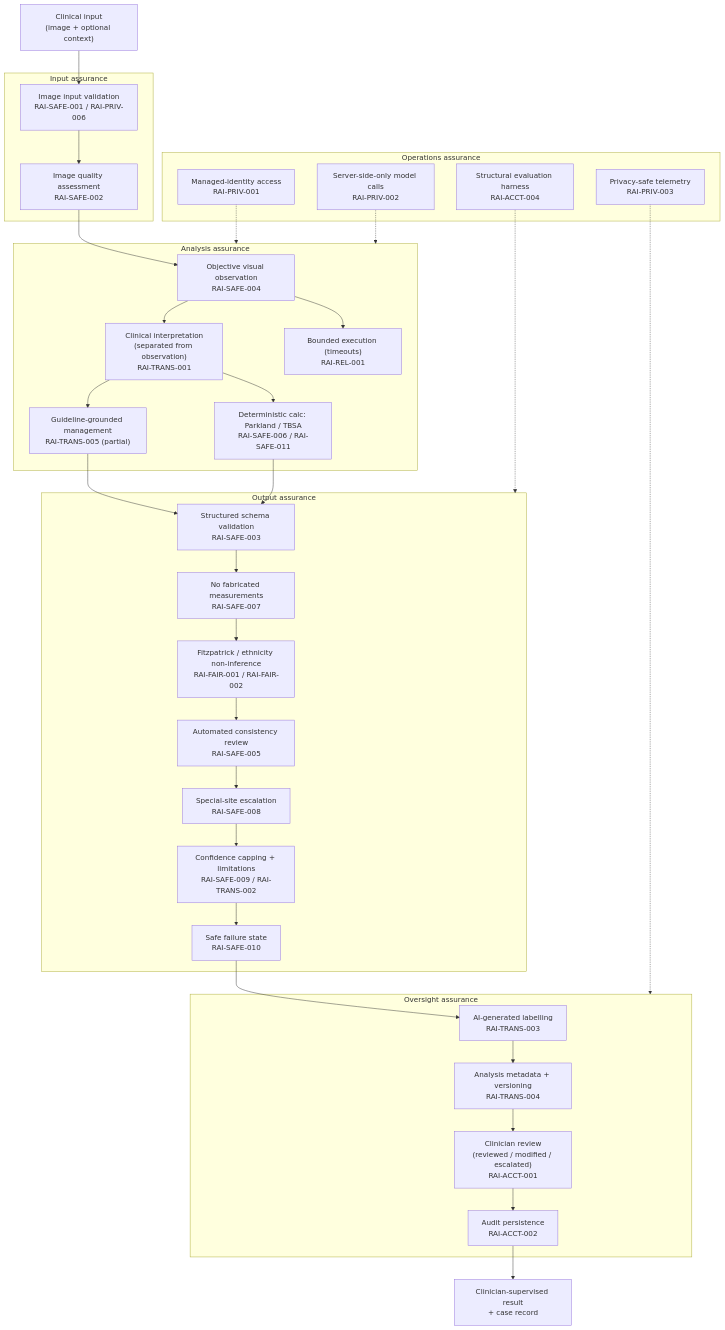
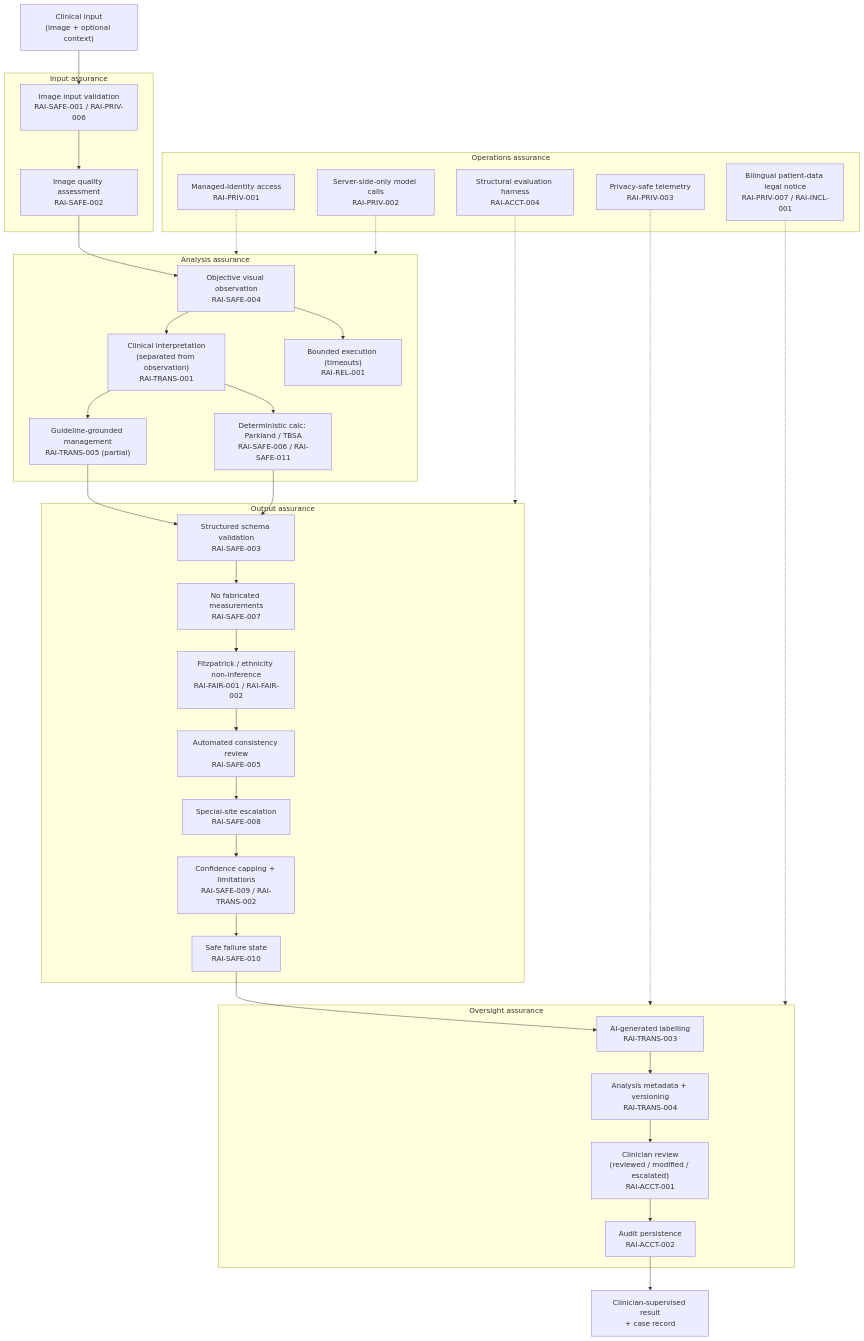
The diagram in docs/architecture/diagrams/current-ai-assurance.mmd (polyfuze4336-bot/phoenix-ai-azure), drawn with Mermaid before and after one commit. The commit also changed 17 other files, not shown here.

```diff
--- a/docs/architecture/diagrams/current-ai-assurance.mmd
+++ b/docs/architecture/diagrams/current-ai-assurance.mmd
@@ -1,58 +1,60 @@
 %% PhoenixIQ — Current (AS-IS) AI Assurance flow
 %% The control points that make AI-assisted assessment reliable, transparent and human-supervised.
 %% Each control maps to a stable ID in nextjs_space/lib/rai/controls.ts.
 flowchart TB
     IN["Clinical input\n(image + optional context)"]
 
     subgraph LIn["Input assurance"]
         V1["Image input validation\nRAI-SAFE-001 / RAI-PRIV-006"]
         V2["Image quality assessment\nRAI-SAFE-002"]
     end
 
     subgraph LAn["Analysis assurance"]
         A1["Objective visual observation\nRAI-SAFE-004"]
         A2["Clinical interpretation\n(separated from observation)\nRAI-TRANS-001"]
         A3["Guideline-grounded management\nRAI-TRANS-005 (partial)"]
         A4["Deterministic calc: Parkland / TBSA\nRAI-SAFE-006 / RAI-SAFE-011"]
         A5["Bounded execution (timeouts)\nRAI-REL-001"]
     end
 
     subgraph LOut["Output assurance"]
         O1["Structured schema validation\nRAI-SAFE-003"]
         O2["No fabricated measurements\nRAI-SAFE-007"]
         O3["Fitzpatrick / ethnicity non-inference\nRAI-FAIR-001 / RAI-FAIR-002"]
         O4["Automated consistency review\nRAI-SAFE-005"]
         O5["Special-site escalation\nRAI-SAFE-008"]
         O6["Confidence capping + limitations\nRAI-SAFE-009 / RAI-TRANS-002"]
         O7["Safe failure state\nRAI-SAFE-010"]
     end
 
     subgraph LOv["Oversight assurance"]
         H1["AI-generated labelling\nRAI-TRANS-003"]
         H2["Analysis metadata + versioning\nRAI-TRANS-004"]
         H3["Clinician review\n(reviewed / modified / escalated)\nRAI-ACCT-001"]
         H4["Audit persistence\nRAI-ACCT-002"]
     end
 
     subgraph LOp["Operations assurance"]
         P1["Managed-identity access\nRAI-PRIV-001"]
         P2["Server-side-only model calls\nRAI-PRIV-002"]
         P3["Privacy-safe telemetry\nRAI-PRIV-003"]
         P4["Structural evaluation harness\nRAI-ACCT-004"]
+        P5["Bilingual patient-data legal notice\nRAI-PRIV-007 / RAI-INCL-001"]
     end
 
     OUT["Clinician-supervised result\n+ case record"]
 
     IN --> V1 --> V2 --> A1
     A1 --> A2 --> A3
     A2 --> A4
     A1 --> A5
     A3 --> O1
     A4 --> O1
     O1 --> O2 --> O3 --> O4 --> O5 --> O6 --> O7
     O7 --> H1 --> H2 --> H3 --> H4 --> OUT
 
     P1 -.-> LAn
     P2 -.-> LAn
     P3 -.-> LOv
     P4 -.-> LOut
+    P5 -.-> LOv
```
